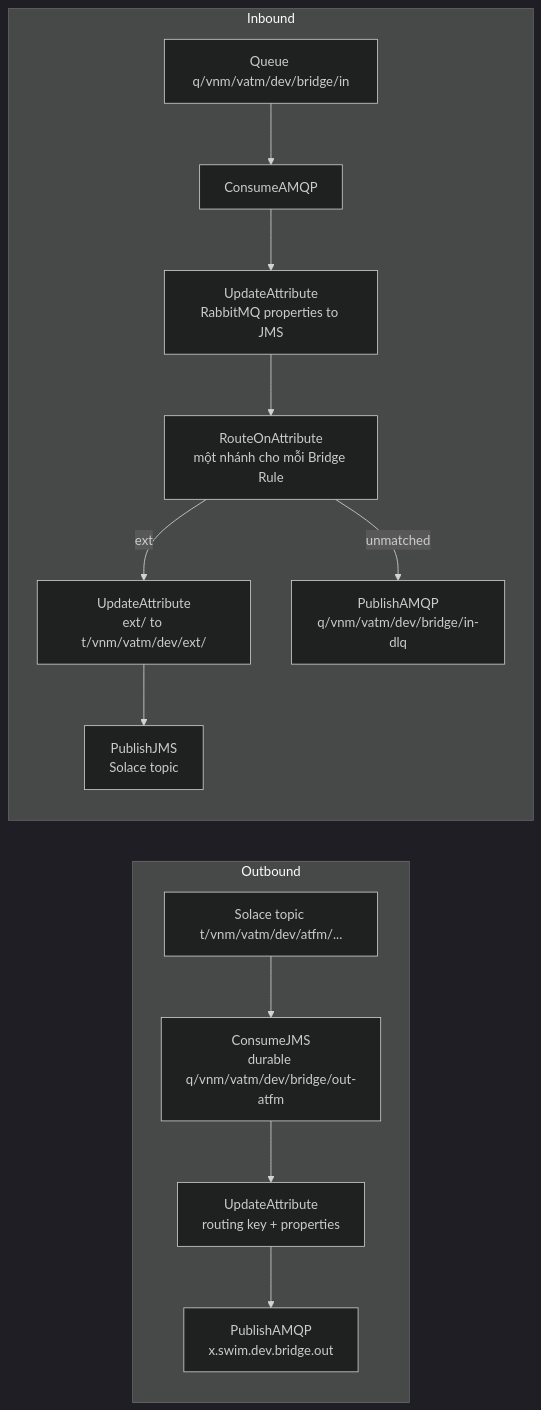
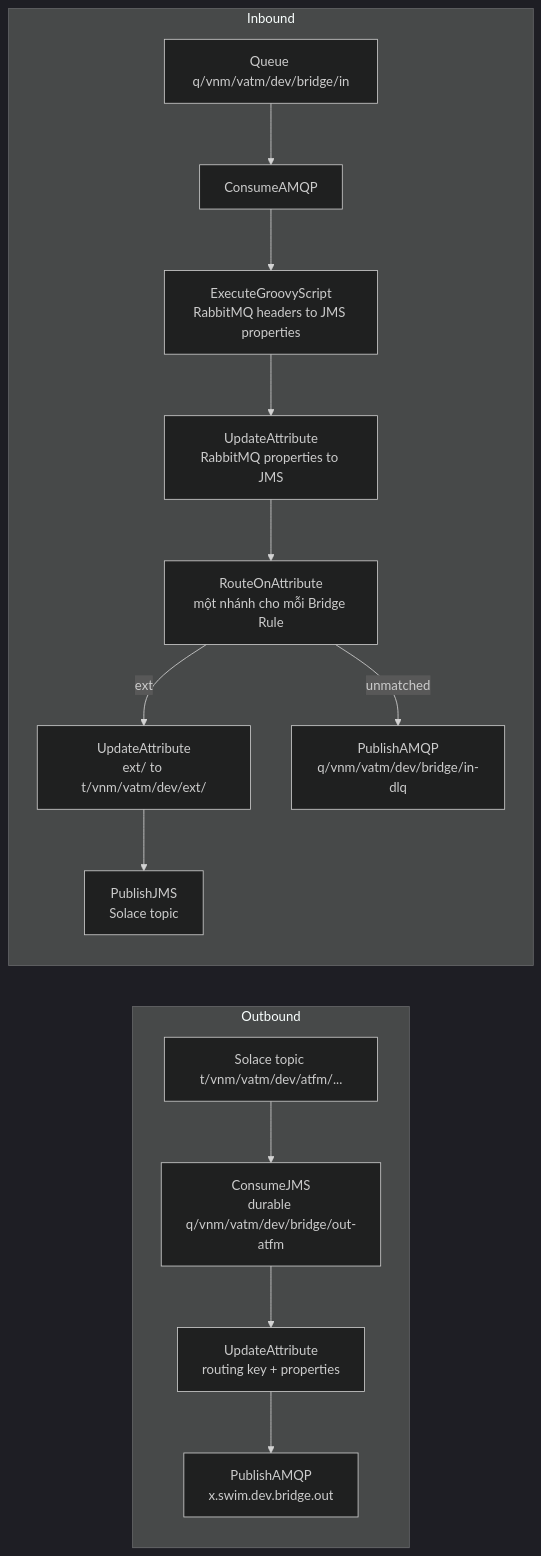
Before and after one commit to hieuth133/bridge-internal: the diagram in README.md, drawn with Mermaid (dark theme). The commit also changed other lines of this file and 2 other files, not shown here.

First line of the commit message:
Carry RabbitMQ headers to Solace as JMS properties

````diff
--- a/README.md
+++ b/README.md
@@ -115,16 +115,17 @@
 ```mermaid
 flowchart LR
   subgraph Outbound
     ST["Solace topic t/vnm/vatm/dev/atfm/..."] --> C1["ConsumeJMS<br/>durable q/vnm/vatm/dev/bridge/out-atfm"]
     C1 --> U1["UpdateAttribute<br/>routing key + properties"]
     U1 --> P1["PublishAMQP<br/>x.swim.dev.bridge.out"]
   end
   subgraph Inbound
     Q["Queue q/vnm/vatm/dev/bridge/in"] --> C2["ConsumeAMQP"]
-    C2 --> U2["UpdateAttribute<br/>RabbitMQ properties to JMS"]
+    C2 --> G["ExecuteGroovyScript<br/>RabbitMQ headers to JMS properties"]
+    G --> U2["UpdateAttribute<br/>RabbitMQ properties to JMS"]
     U2 --> R["RouteOnAttribute<br/>một nhánh cho mỗi Bridge Rule"]
     R -- ext --> U3["UpdateAttribute<br/>ext/ to t/vnm/vatm/dev/ext/"]
     U3 --> P2["PublishJMS<br/>Solace topic"]
     R -- unmatched --> D["PublishAMQP<br/>q/vnm/vatm/dev/bridge/in-dlq"]
   end
 ```
````
